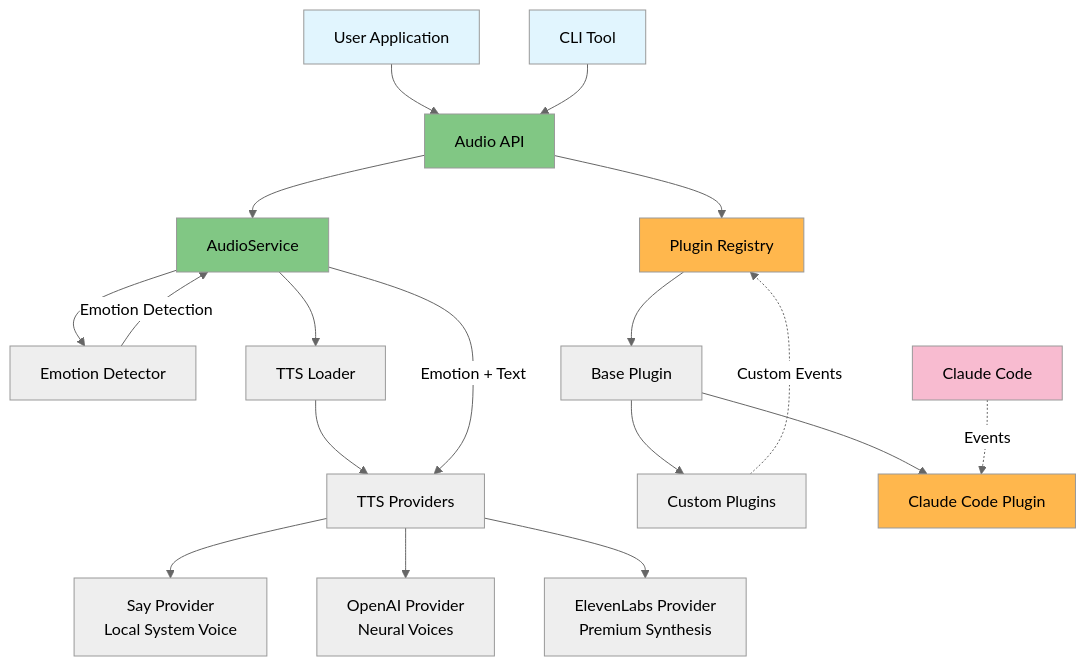
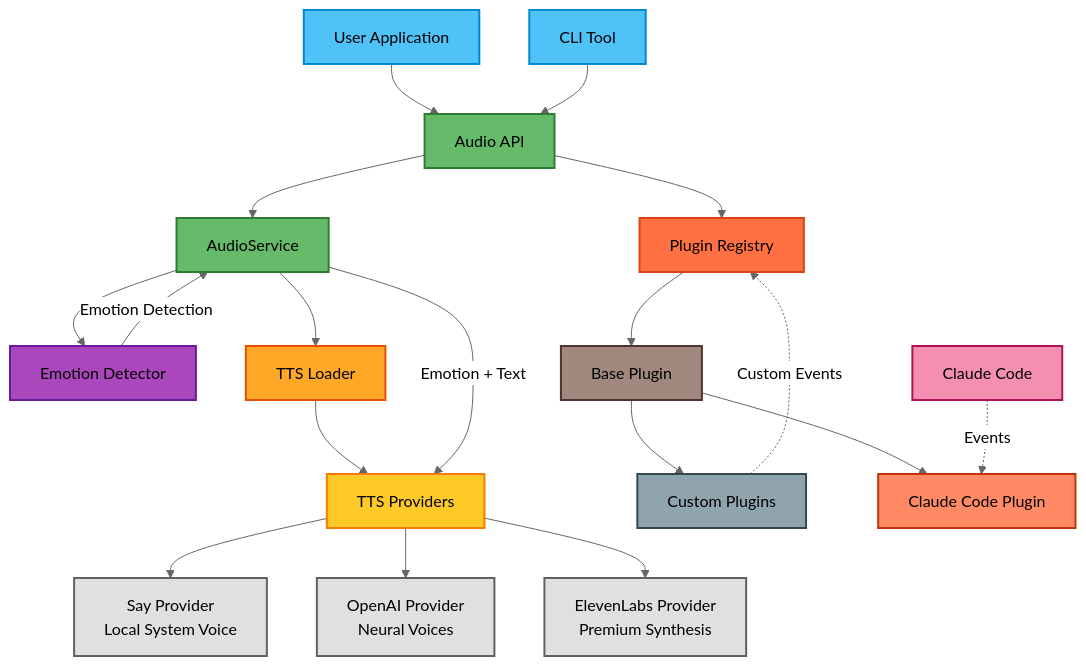
The diagram in README.md (neekware/eh-aye-stts), drawn with Mermaid (neutral theme) before and after one commit. The commit also changed other lines of this file and 6 other files, not shown here.

````diff
--- a/README.md
+++ b/README.md
@@ -174,39 +176,47 @@
 ```mermaid
 graph TB
     %% User Entry Points
     User[User Application] --> API[Audio API]
     CLI[CLI Tool] --> API
 
     %% Core Audio API
     API --> AS[AudioService]
     AS --> ED[Emotion Detector]
     AS --> TL[TTS Loader]
 
     %% TTS System
     TL --> TP[TTS Providers]
     TP --> Say[Say Provider<br/>Local System Voice]
     TP --> OAI[OpenAI Provider<br/>Neural Voices]
     TP --> EL[ElevenLabs Provider<br/>Premium Synthesis]
 
     %% Plugin System
     API --> PR[Plugin Registry]
     PR --> BP[Base Plugin]
     BP --> CP[Custom Plugins]
     BP --> CCP[Claude Code Plugin]
 
     %% Event Flow
     CC[Claude Code] -.->|Events| CCP
     CP -.->|Custom Events| PR
 
     %% Emotion Flow
     ED --> |Emotion Detection| AS
     AS --> |Emotion + Text| TP
 
-    style User fill:#e1f5fe
-    style CLI fill:#e1f5fe
-    style API fill:#81c784
-    style AS fill:#81c784
-    style PR fill:#ffb74d
-    style CCP fill:#ffb74d
-    style CC fill:#f8bbd0
+    style User fill:#4fc3f7,stroke:#0288d1,stroke-width:2px,color:#000
+    style CLI fill:#4fc3f7,stroke:#0288d1,stroke-width:2px,color:#000
+    style API fill:#66bb6a,stroke:#2e7d32,stroke-width:2px,color:#000
+    style AS fill:#66bb6a,stroke:#2e7d32,stroke-width:2px,color:#000
+    style ED fill:#ab47bc,stroke:#6a1b9a,stroke-width:2px,color:#000
+    style TL fill:#ffa726,stroke:#e65100,stroke-width:2px,color:#000
+    style TP fill:#ffca28,stroke:#f57c00,stroke-width:2px,color:#000
+    style Say fill:#e0e0e0,stroke:#616161,stroke-width:2px,color:#000
+    style OAI fill:#e0e0e0,stroke:#616161,stroke-width:2px,color:#000
+    style EL fill:#e0e0e0,stroke:#616161,stroke-width:2px,color:#000
+    style PR fill:#ff7043,stroke:#d84315,stroke-width:2px,color:#000
+    style BP fill:#a1887f,stroke:#4e342e,stroke-width:2px,color:#000
+    style CP fill:#90a4ae,stroke:#37474f,stroke-width:2px,color:#000
+    style CCP fill:#ff8a65,stroke:#bf360c,stroke-width:2px,color:#000
+    style CC fill:#f48fb1,stroke:#ad1457,stroke-width:2px,color:#000
 ```
````
